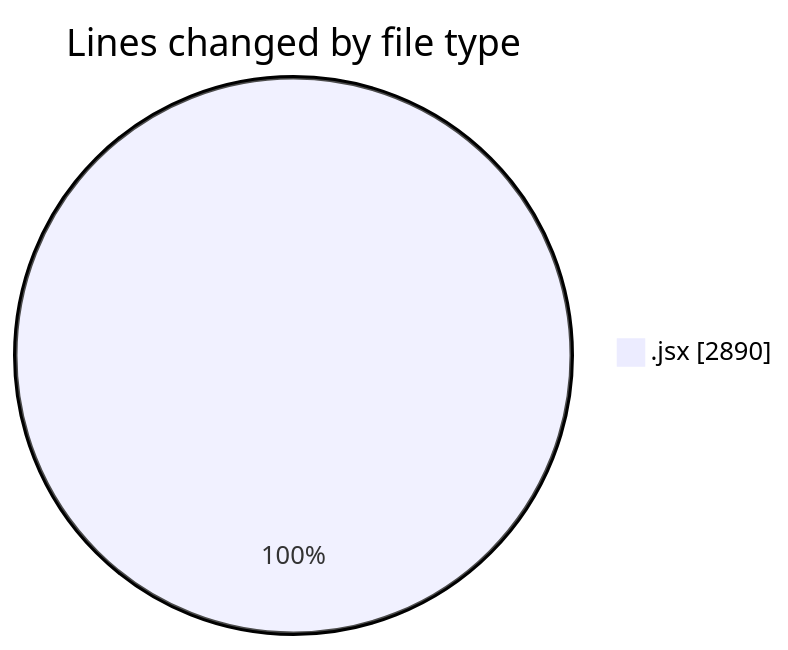
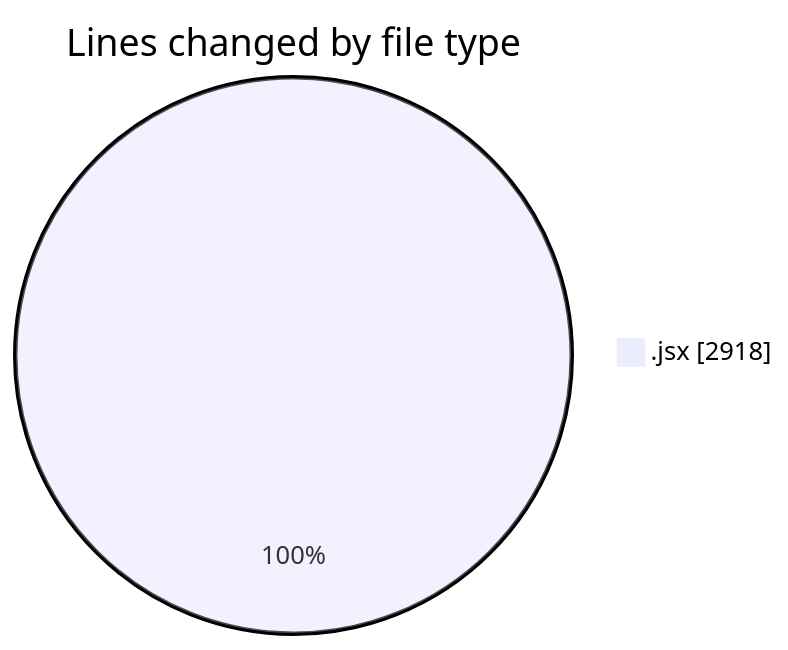
The first of 2 diagrams in 2025-05-12/argos-dev/README.md (nxtqubesakshisongat/code-tracking), drawn with Mermaid before and after one commit. The commit also changed other lines of this file and 1 other file, not shown here.

````diff
--- a/2025-05-12/argos-dev/README.md
+++ b/2025-05-12/argos-dev/README.md
@@ -26,5 +26,5 @@
 ```mermaid
 pie showData
 title Lines changed by file type
-".jsx" : 2890
+".jsx" : 2918
 ```
````
